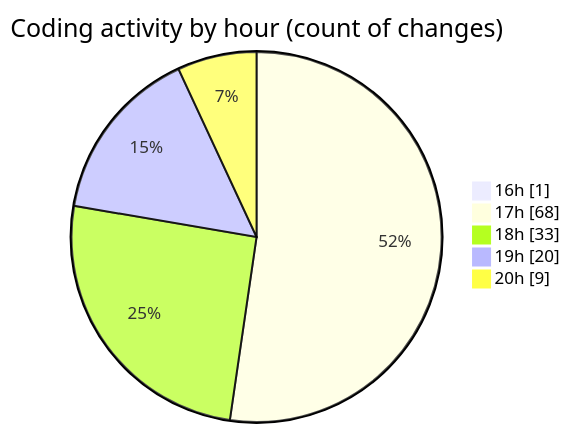
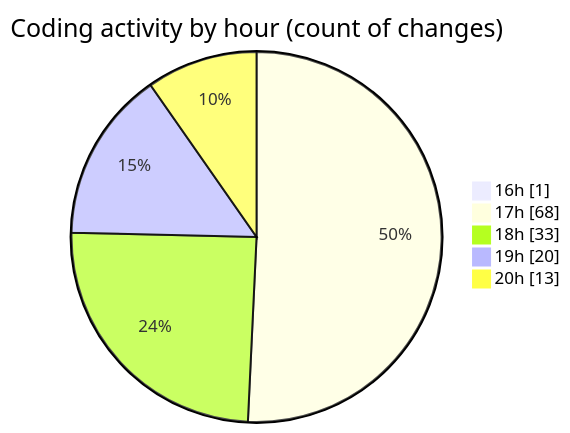
The second of 2 diagrams in 2025-05-27/studio-backend/README.md (idhammustaqopulfikri/code-tracking), drawn with Mermaid before and after one commit. The commit also changed other lines of this file and 1 other file, not shown here.

````diff
--- a/2025-05-27/studio-backend/README.md
+++ b/2025-05-27/studio-backend/README.md
@@ -64,9 +64,9 @@
 ```mermaid
 pie showData
 title Coding activity by hour (count of changes)
 "16h" : 1
 "17h" : 68
 "18h" : 33
 "19h" : 20
-"20h" : 9
+"20h" : 13
 ```
````
